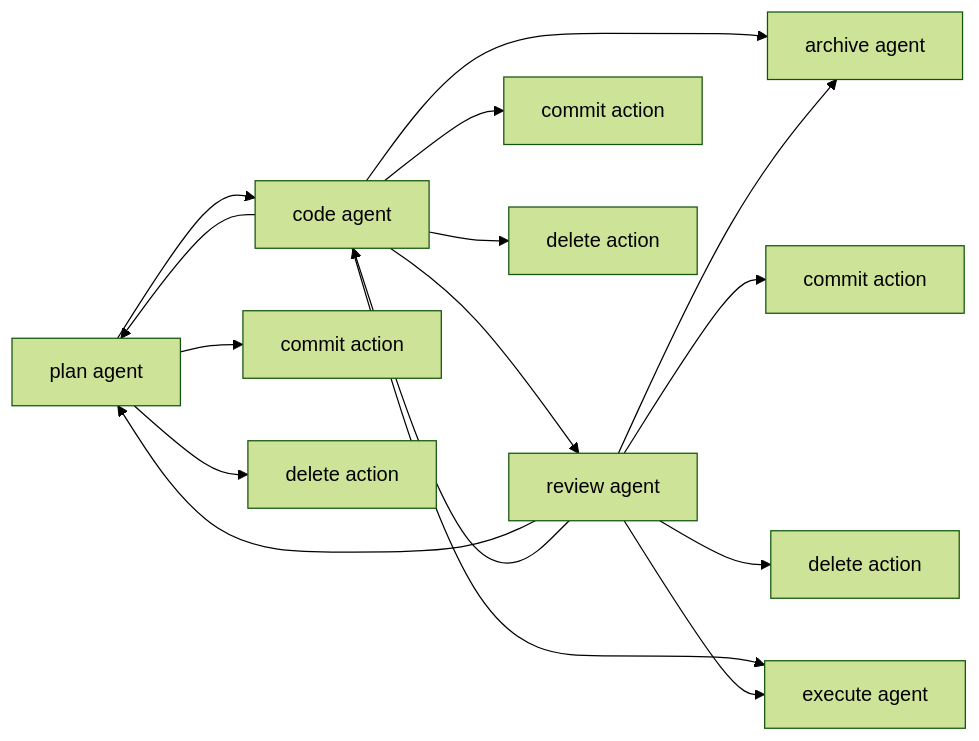
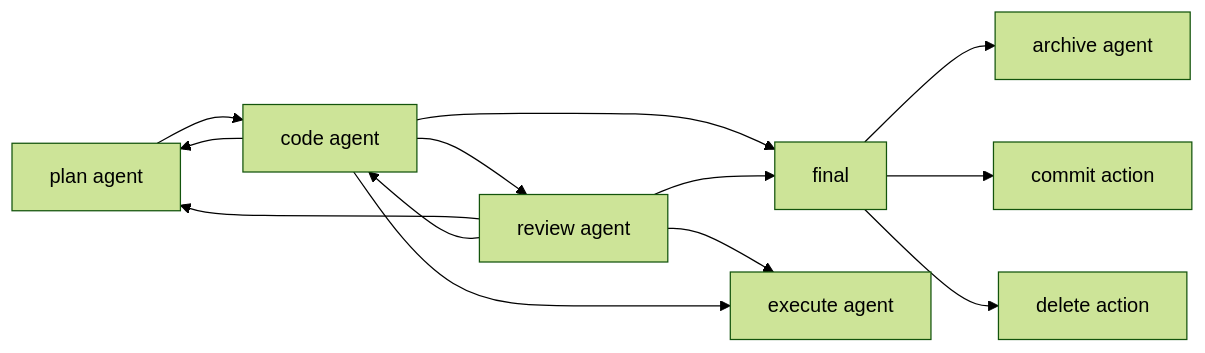
One commit to Myriad-Dreamin/meow-team changed the first of 2 diagrams in docs/interactive-mode.md. Above: the diagram before and after it, drawn with Mermaid (forest theme). The commit also changed other lines of this file, not shown here.

First line of the commit message:
Refactor flowcharts to streamline actions

````diff
--- a/docs/interactive-mode.md
+++ b/docs/interactive-mode.md
@@ -90,18 +90,15 @@
 ```mermaid
 flowchart LR
   Plan[plan agent] --> Code[code agent]
-  Plan --> CommitA[commit action]
-  Plan --> DeleteA[delete action]
   Code --> Plan
   Code --> Review[review agent]
-  Code --> Archive[archive agent]
-  Code --> CommitB[commit action]
-  Code --> DeleteB[delete action]
+  Code --> Final[final]
   Review --> Plan
   Review --> Code
-  Review --> Archive
-  Review --> CommitC[commit action]
-  Review --> DeleteC[delete action]
+  Review --> Final
+  Review --> Execute
   Code --> Execute[execute agent]
-  Review --> Execute
+  Final --> Archive[archive agent]
+  Final --> Commit[commit action]
+  Final --> Delete[delete action]
 ```
````
